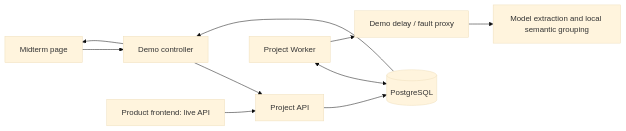
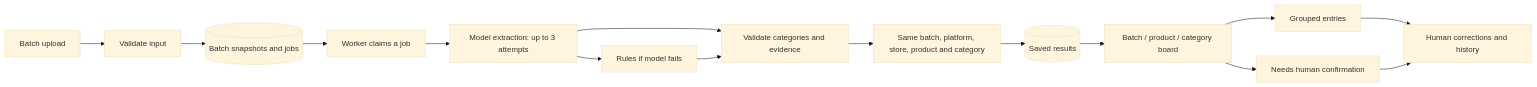
Before and after one commit to Fei-stack-wq/maie6000c-PRI: the first of 3 diagrams in docs/architecture.md, drawn with Mermaid (base theme). The commit also changed other lines of this file and 76 other files, not shown here.

Commit message:
Improve batch management, issue grouping and review UI; add bilingual test datasets

````diff
--- a/docs/architecture.md
+++ b/docs/architecture.md
@@ -15,12 +11,17 @@
 ```mermaid
 flowchart LR
-    Page[Midterm page] --> Presenter[Demo controller]
-    Presenter --> API[Project API]
-    API --> DB[(PostgreSQL)]
-    Worker[Project Worker] <--> DB
-    Worker --> Proxy[Demo delay / fault proxy]
-    Proxy --> AI[Model extraction and local semantic grouping]
-    DB --> Presenter
-    Presenter --> Page
-    Original[Product frontend: live API] --> API
+    UI[Batch upload] --> API[Validate input]
+    API --> DB[(Batch snapshots and jobs)]
+    DB --> Worker[Worker claims a job]
+    Worker --> AI[Model extraction: up to 3 attempts]
+    AI --> Fallback[Rules if model fails]
+    AI --> Check[Validate categories and evidence]
+    Fallback --> Check
+    Check --> Group[Same batch, platform, store, product and category]
+    Group --> Saved[(Saved results)]
+    Saved --> Board[Batch / product / category board]
+    Board --> Clear[Grouped entries]
+    Board --> Pending[Needs human confirmation]
+    Clear --> Review[Human corrections and history]
+    Pending --> Review
 ```
````
